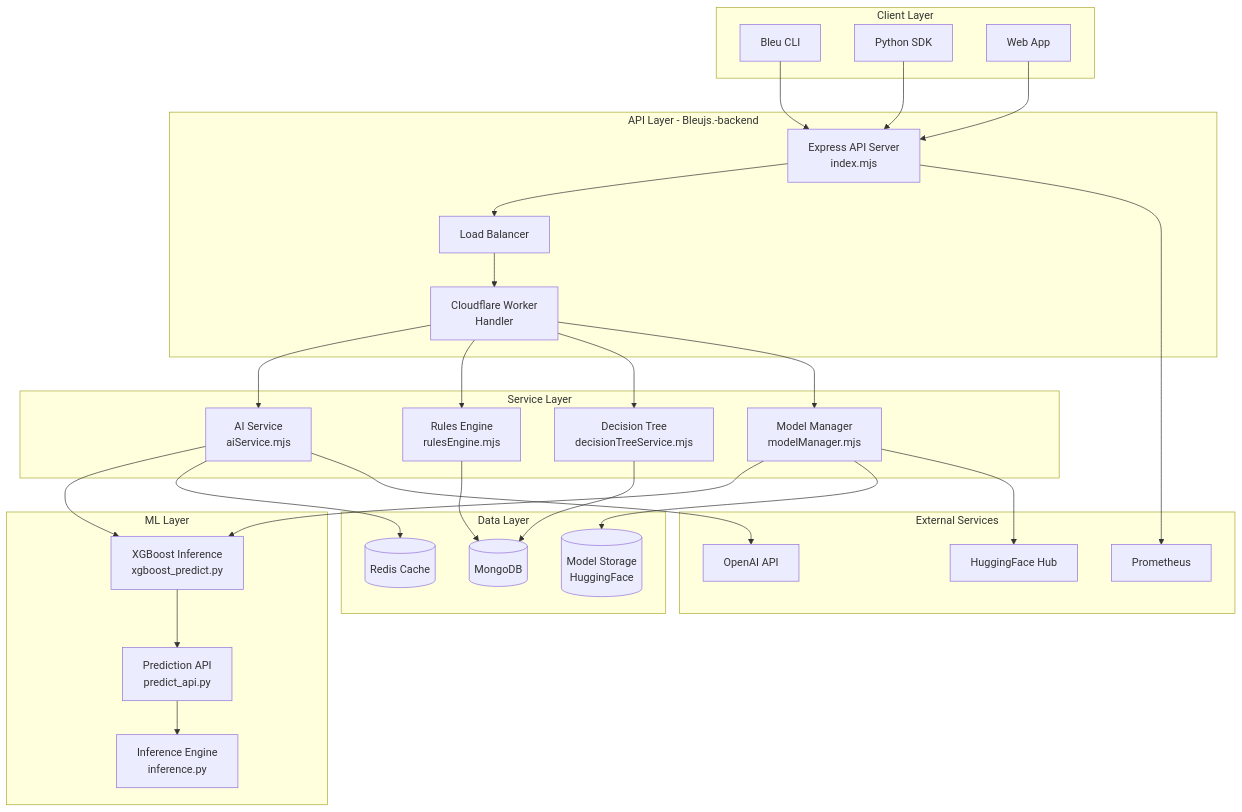
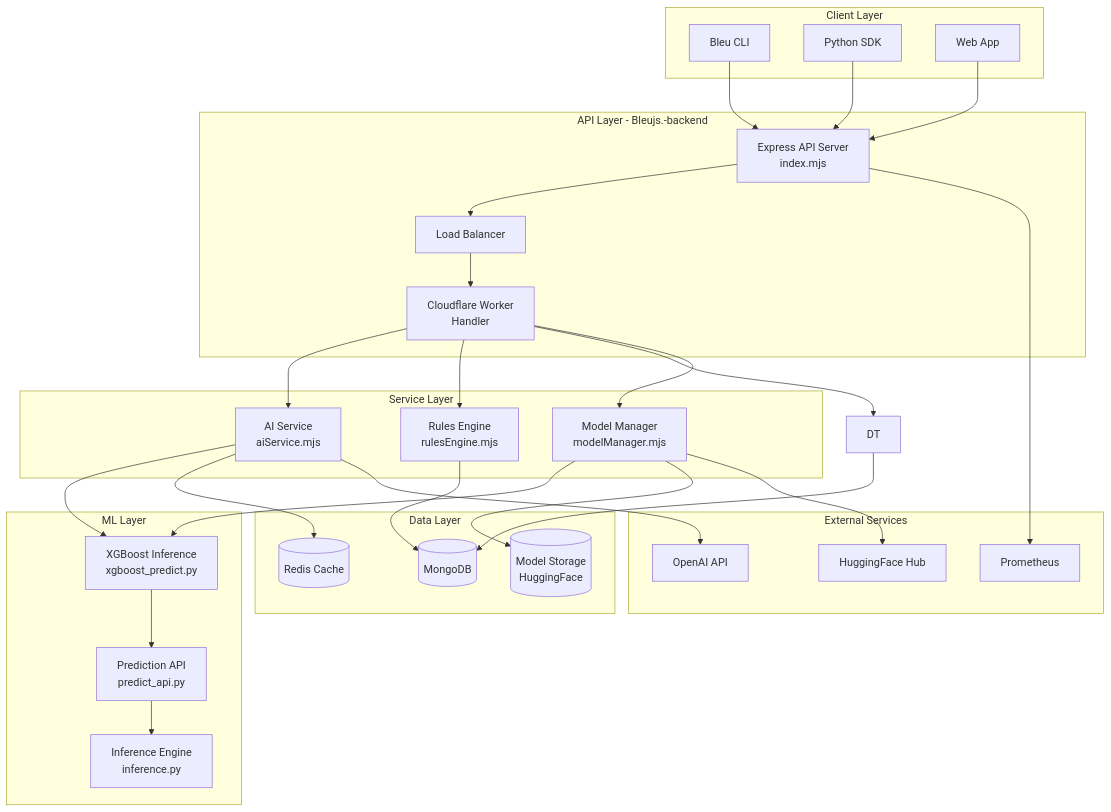
The first of 8 diagrams in docs/ARCHITECTURE.md (HelloblueAI/Bleujs.-backend), drawn with Mermaid before and after one commit. The commit also changed other lines of this file and 6 other files, not shown here.

````diff
--- a/docs/ARCHITECTURE.md
+++ b/docs/ARCHITECTURE.md
@@ -39,64 +39,63 @@
 ```mermaid
 graph TB
     subgraph "Client Layer"
         CLI[Bleu CLI]
         SDK[Python SDK]
         WEB[Web App]
     end
 
     subgraph "API Layer - Bleujs.-backend"
         LB[Load Balancer]
         API[Express API Server<br/>index.mjs]
         WORKER[Cloudflare Worker<br/>Handler]
     end
 
     subgraph "Service Layer"
         AI[AI Service<br/>aiService.mjs]
         RULES[Rules Engine<br/>rulesEngine.mjs]
-        DT[Decision Tree<br/>decisionTreeService.mjs]
         MODEL[Model Manager<br/>modelManager.mjs]
     end
 
     subgraph "ML Layer"
         XGB[XGBoost Inference<br/>xgboost_predict.py]
         PRED[Prediction API<br/>predict_api.py]
         INF[Inference Engine<br/>inference.py]
     end
 
     subgraph "Data Layer"
         REDIS[(Redis Cache)]
         MONGO[(MongoDB)]
         MODELS[(Model Storage<br/>HuggingFace)]
     end
 
     subgraph "External Services"
         OPENAI[OpenAI API]
         HF[HuggingFace Hub]
         PROM[Prometheus]
     end
 
     CLI --> API
     SDK --> API
     WEB --> API
     API --> LB
     LB --> WORKER
 
     WORKER --> AI
     WORKER --> RULES
     WORKER --> DT
     WORKER --> MODEL
 
     AI --> XGB
     MODEL --> XGB
     XGB --> PRED
     PRED --> INF
 
     AI --> REDIS
     RULES --> MONGO
     DT --> MONGO
     MODEL --> MODELS
 
     AI --> OPENAI
     MODEL --> HF
     API --> PROM
 ```
````
